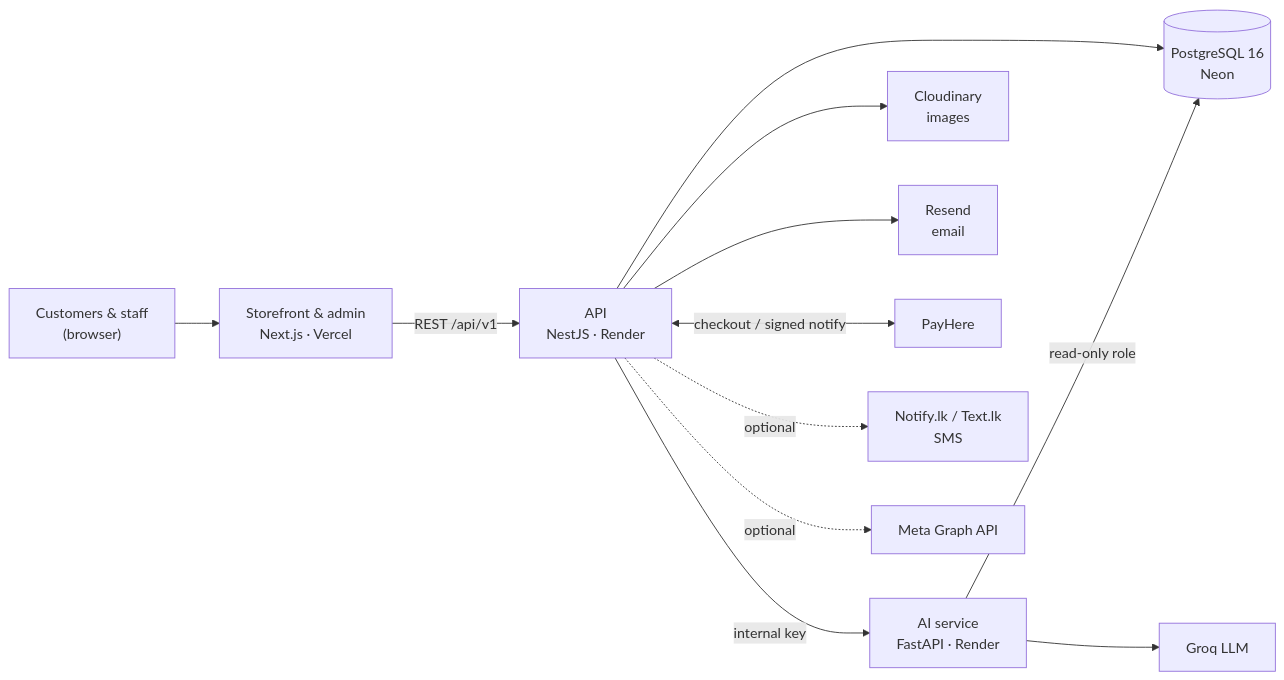
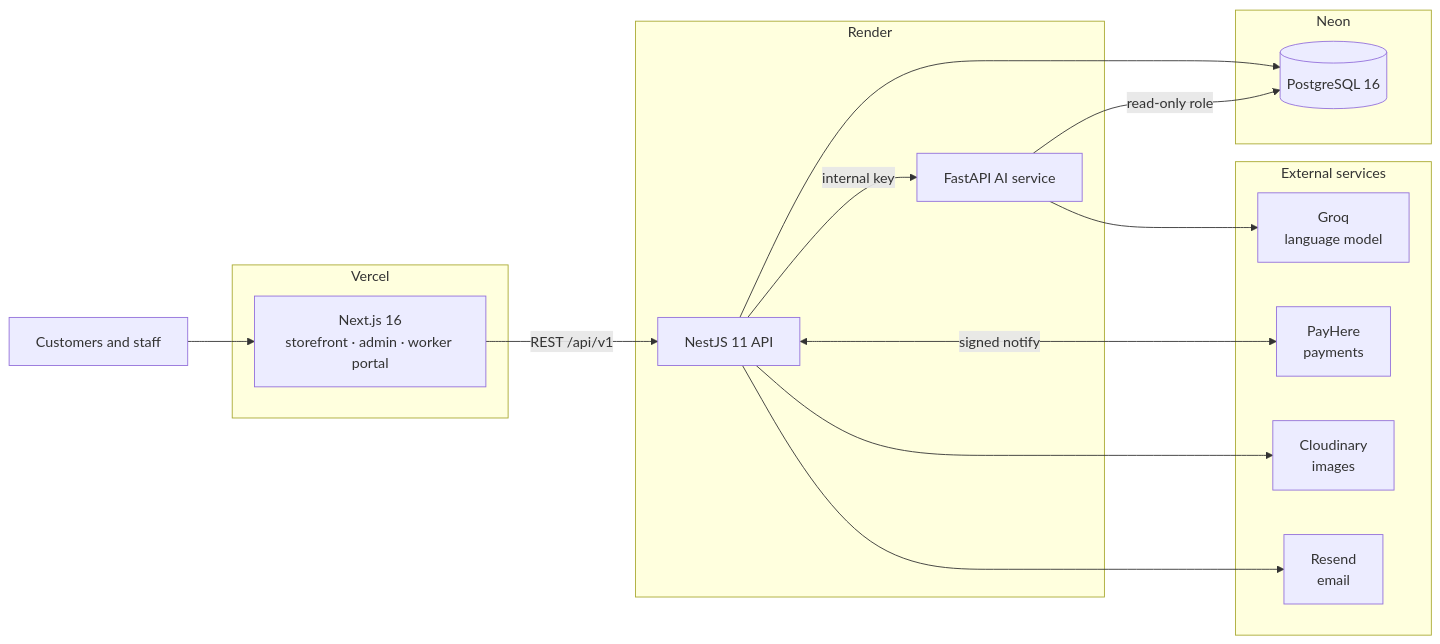
The diagram in README.md (DininduAkalanka/textile-automation-platform), drawn with Mermaid before and after one commit. The commit also changed other lines of this file and 6 other files, not shown here.

````diff
--- a/README.md
+++ b/README.md
@@ -62,14 +77,33 @@
 ```mermaid
 flowchart LR
-    U["Customers & staff<br/>(browser)"] --> W["Storefront & admin<br/>Next.js · Vercel"]
-    W -->|"REST /api/v1"| A["API<br/>NestJS · Render"]
-    A --> D[("PostgreSQL 16<br/>Neon")]
-    A -->|"internal key"| I["AI service<br/>FastAPI · Render"]
+    U["Customers and staff"] --> W
+
+    subgraph vercel["Vercel"]
+        W["Next.js 16<br/>storefront · admin · worker portal"]
+    end
+
+    subgraph render["Render"]
+        A["NestJS 11 API"]
+        I["FastAPI AI service"]
+    end
+
+    subgraph neon["Neon"]
+        D[("PostgreSQL 16")]
+    end
+
+    subgraph services["External services"]
+        P["PayHere<br/>payments"]
+        C["Cloudinary<br/>images"]
+        E["Resend<br/>email"]
+        L["Groq<br/>language model"]
+    end
+
+    W -->|"REST /api/v1"| A
+    A --> D
+    A -->|"internal key"| I
     I -->|"read-only role"| D
-    I --> L["Groq LLM"]
-    A --> C["Cloudinary<br/>images"]
-    A --> E["Resend<br/>email"]
-    A <-->|"checkout / signed notify"| P["PayHere"]
-    A -.->|"optional"| S["Notify.lk / Text.lk<br/>SMS"]
-    A -.->|"optional"| M["Meta Graph API"]
+    A <-->|"signed notify"| P
+    A --> C
+    A --> E
+    I --> L
 ```
````
